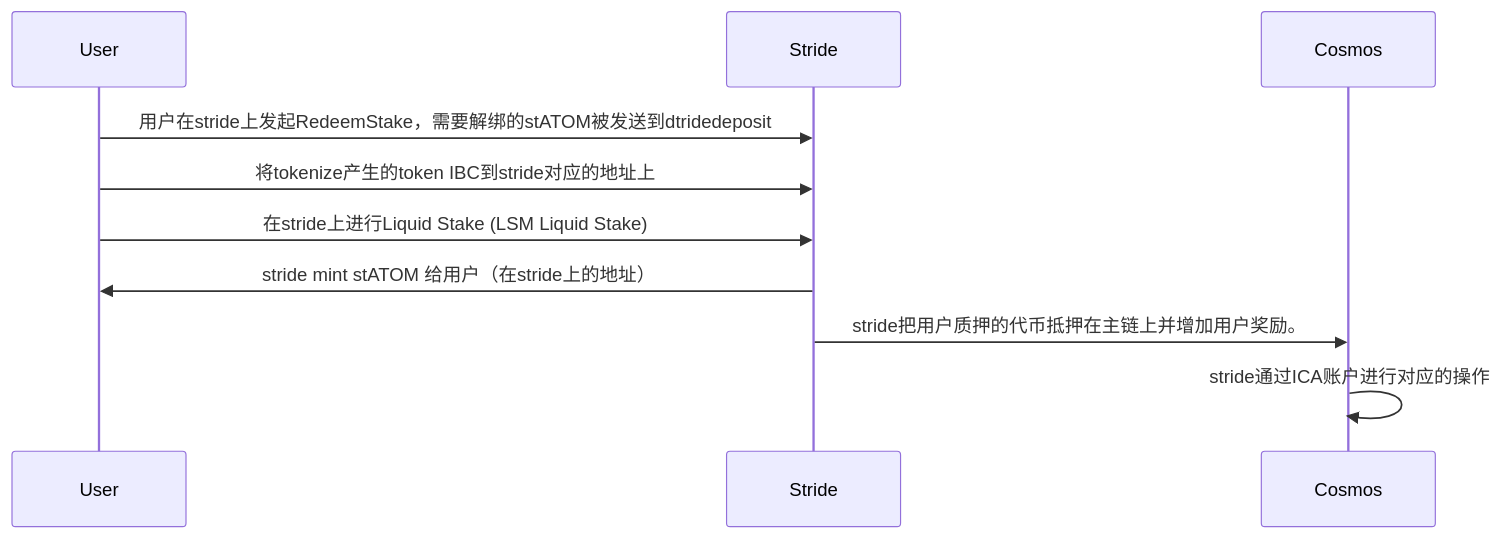
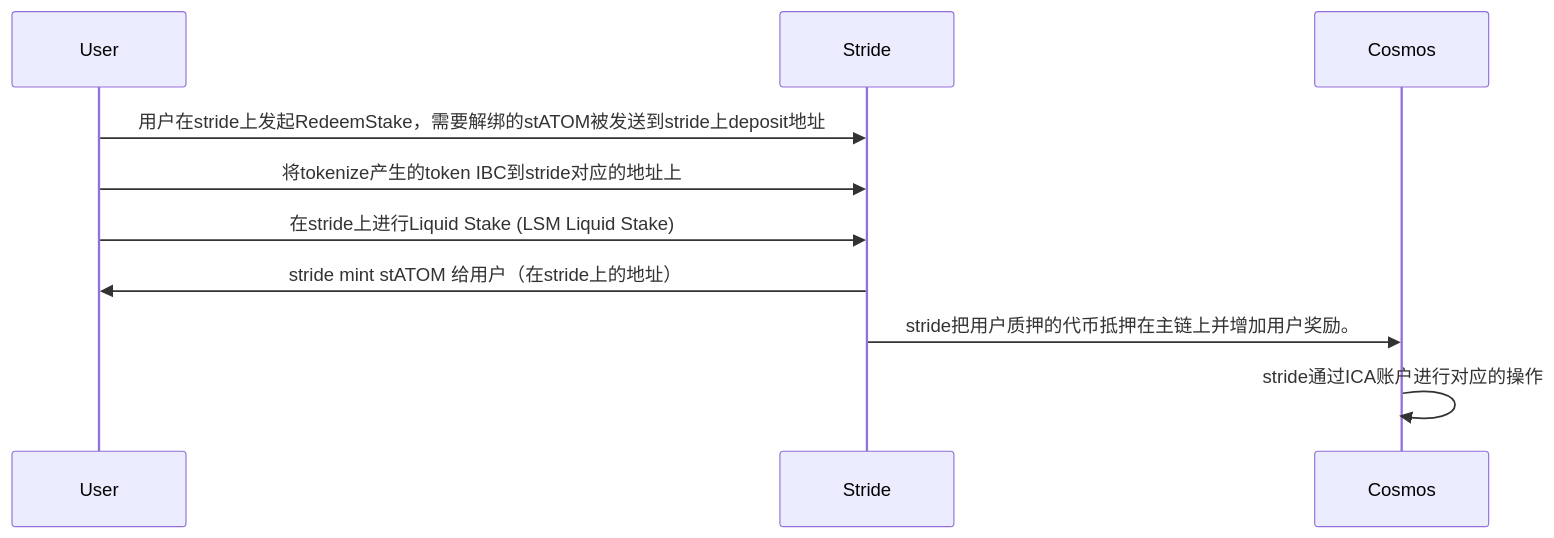
Before and after one commit to yingjianzh/iodraw-files: the diagram in all/unbonding.md, drawn with Mermaid.

Commit message:
2024-03-28 15:02:04 update

````diff
--- a/all/unbonding.md
+++ b/all/unbonding.md
@@ -1,9 +1,9 @@
 ```mermaid
 sequenceDiagram
-    User->>Stride: 用户在stride上发起RedeemStake，需要解绑的stATOM被发送到dtridedeposit
+    User->>Stride: 用户在stride上发起RedeemStake，需要解绑的stATOM被发送到stride上deposit地址
     User->>Stride: 将tokenize产生的token IBC到stride对应的地址上
     User->>Stride: 在stride上进行Liquid Stake (LSM Liquid Stake)
     Stride->>User: stride mint stATOM 给用户（在stride上的地址）
     Stride->>Cosmos: stride把用户质押的代币抵押在主链上并增加用户奖励。
     Cosmos->>Cosmos: stride通过ICA账户进行对应的操作
 ```
````
